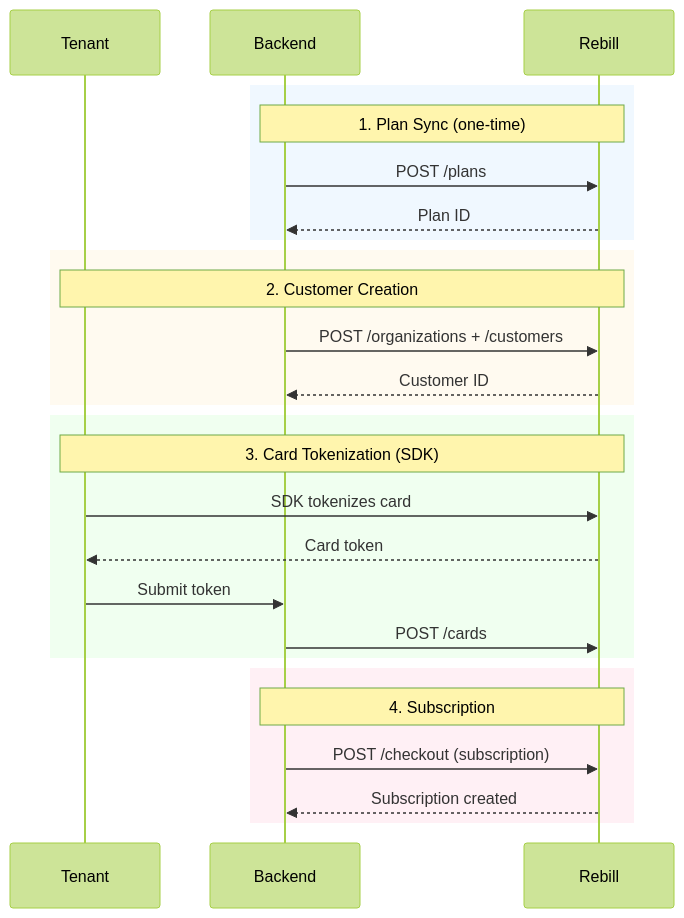
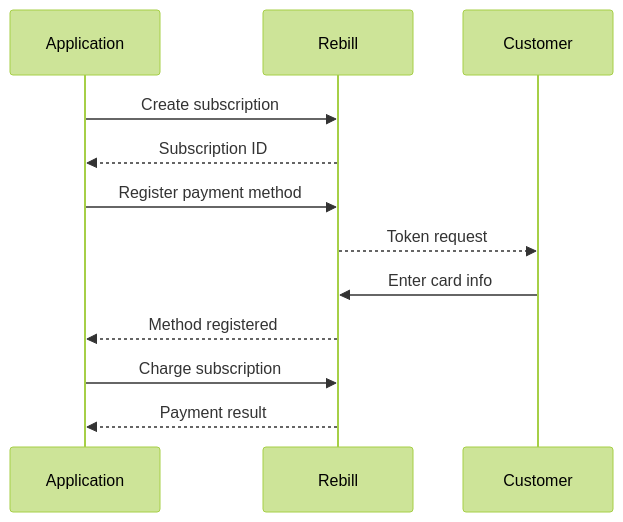
The first of 2 diagrams in docs/F12-Billing-Subscriptions-Payments/F12-Billing-Subscriptions-Payments_REBILL_PAYMENT_GATEWAY.md (kitchntabs/kitchntabs.github.io), drawn with Mermaid (forest theme) before and after one commit. The commit also changed other lines of this file and 58 other files, not shown here.

First line of the commit message:
Convert 226+ ASCII-art diagrams to Mermaid, enable live rendering via docsify-mermaid

````diff
--- a/docs/F12-Billing-Subscriptions-Payments/F12-Billing-Subscriptions-Payments_REBILL_PAYMENT_GATEWAY.md
+++ b/docs/F12-Billing-Subscriptions-Payments/F12-Billing-Subscriptions-Payments_REBILL_PAYMENT_GATEWAY.md
@@ -92,32 +92,15 @@
 ```mermaid
 sequenceDiagram
-    participant Tenant
-    participant Backend
+    participant App as Application
     participant Rebill
-
-    rect rgb(240, 248, 255)
-    Note over Backend,Rebill: 1. Plan Sync (one-time)
-    Backend->>Rebill: POST /plans
-    Rebill-->>Backend: Plan ID
-    end
-
-    rect rgb(255, 250, 240)
-    Note over Tenant,Rebill: 2. Customer Creation
-    Backend->>Rebill: POST /organizations + /customers
-    Rebill-->>Backend: Customer ID
-    end
-
-    rect rgb(240, 255, 240)
-    Note over Tenant,Rebill: 3. Card Tokenization (SDK)
-    Tenant->>Rebill: SDK tokenizes card
-    Rebill-->>Tenant: Card token
-    Tenant->>Backend: Submit token
-    Backend->>Rebill: POST /cards
-    end
-
-    rect rgb(255, 240, 245)
-    Note over Backend,Rebill: 4. Subscription
-    Backend->>Rebill: POST /checkout (subscription)
-    Rebill-->>Backend: Subscription created
-    end
+    participant Customer
+    
+    App->>Rebill: Create subscription
+    Rebill-->>App: Subscription ID
+    App->>Rebill: Register payment method
+    Rebill-->>Customer: Token request
+    Customer->>Rebill: Enter card info
+    Rebill-->>App: Method registered
+    App->>Rebill: Charge subscription
+    Rebill-->>App: Payment result
 ```
````
